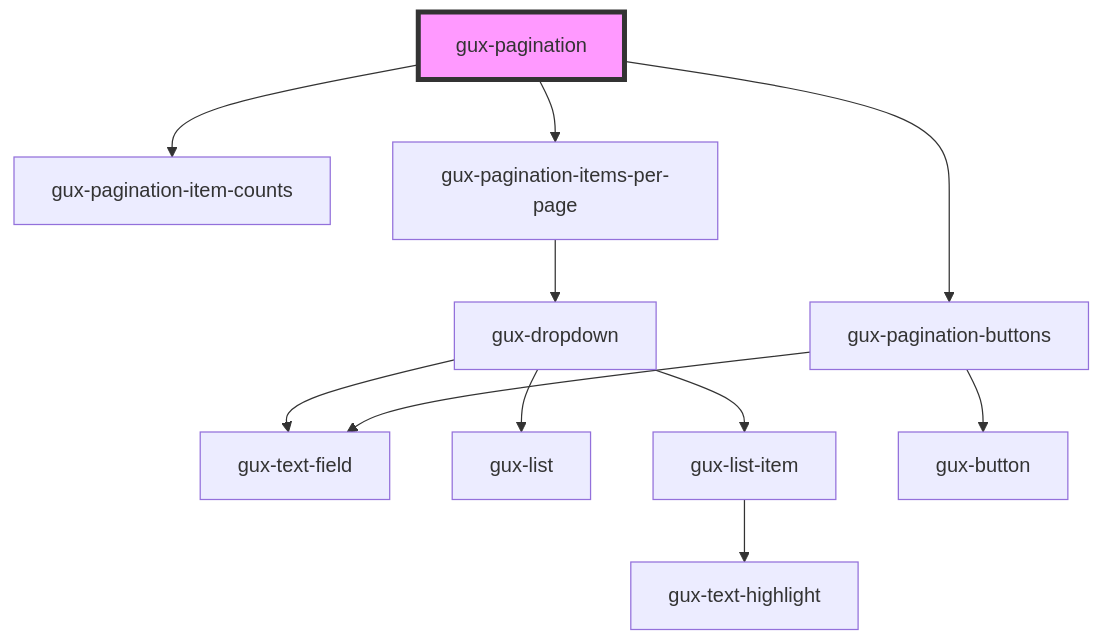
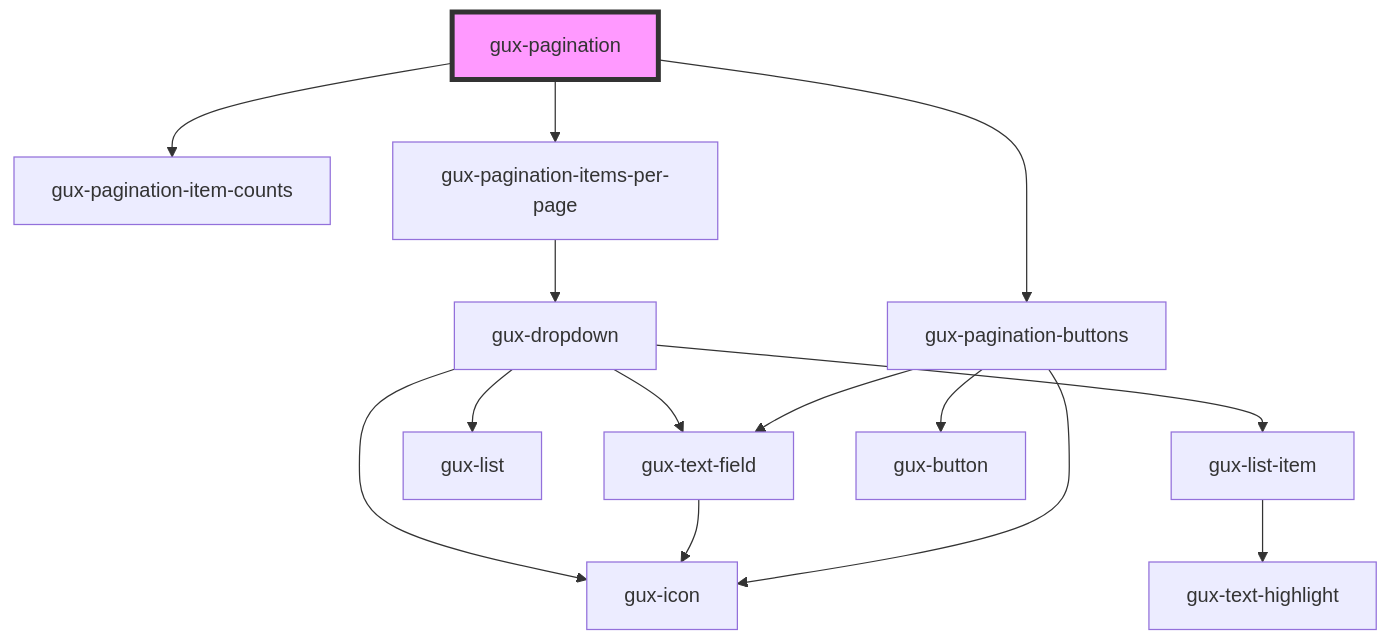
Before and after one commit to MyPureCloud/genesys-spark: the diagram in src/components/gux-pagination/readme.md, drawn with Mermaid. The commit also changed 79 other files, not shown here.

````diff
--- a/src/components/gux-pagination/readme.md
+++ b/src/components/gux-pagination/readme.md
@@ -69,14 +69,17 @@
 ```mermaid
 graph TD;
   gux-pagination --> gux-pagination-item-counts
   gux-pagination --> gux-pagination-items-per-page
   gux-pagination --> gux-pagination-buttons
   gux-pagination-items-per-page --> gux-dropdown
   gux-dropdown --> gux-text-field
+  gux-dropdown --> gux-icon
   gux-dropdown --> gux-list
   gux-dropdown --> gux-list-item
+  gux-text-field --> gux-icon
   gux-list-item --> gux-text-highlight
   gux-pagination-buttons --> gux-button
+  gux-pagination-buttons --> gux-icon
   gux-pagination-buttons --> gux-text-field
   style gux-pagination fill:#f9f,stroke:#333,stroke-width:4px
 ```
````
